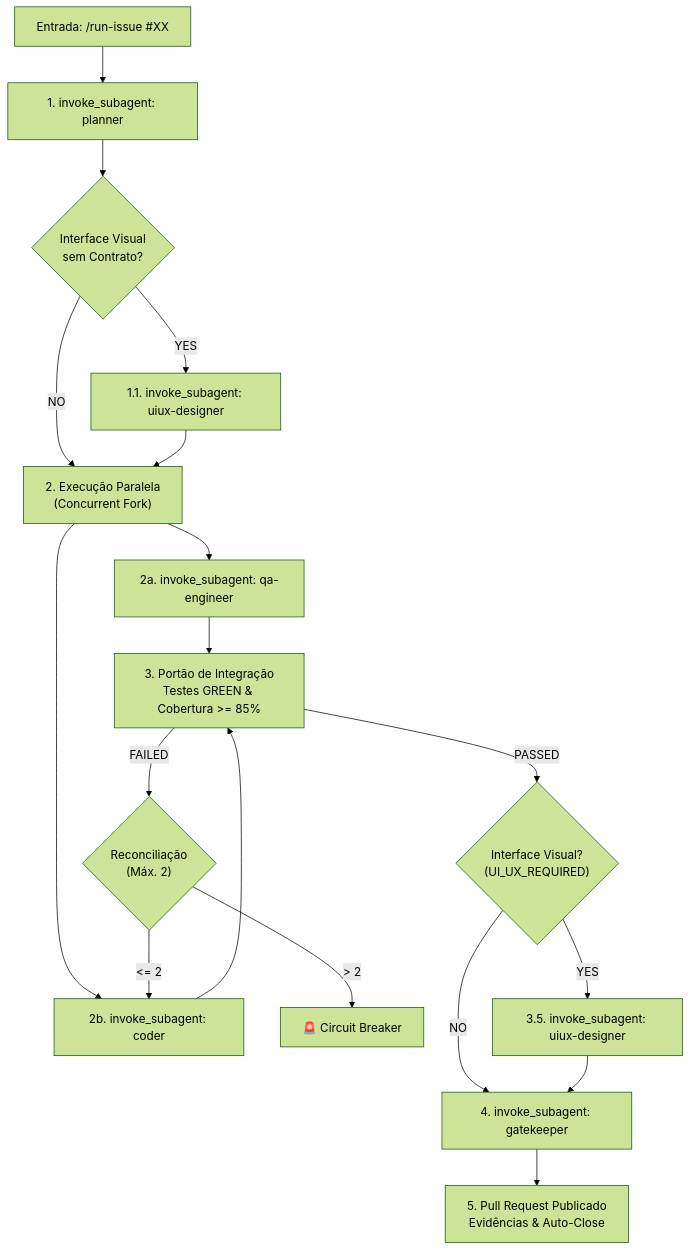
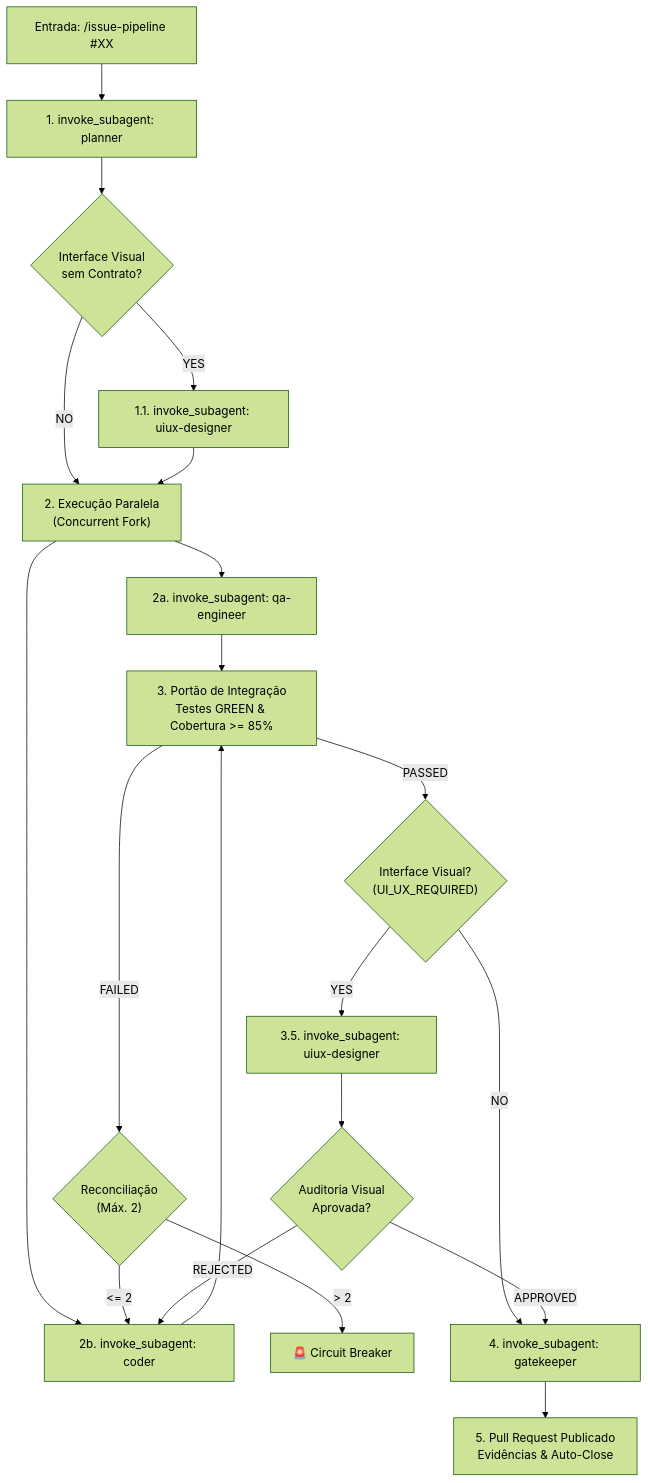
The second of 3 diagrams in docs/skills/Skill-issue-pipeline.md (VitorJacom/my-agents), drawn with Mermaid (forest theme) before and after one commit. The commit also changed other lines of this file and 10 other files, not shown here.

Commit message:
docs(wiki): add Maestro flow to Skill-issue-pipeline and standardize /issue-pipeline command

````diff
--- a/docs/skills/Skill-issue-pipeline.md
+++ b/docs/skills/Skill-issue-pipeline.md
@@ -46,20 +58,22 @@
 ```mermaid
 flowchart TD
-    Start["Entrada: /run-issue #XX"] --> Plan["1. invoke_subagent: planner"]
+    Start["Entrada: /issue-pipeline #XX"] --> Plan["1. invoke_subagent: planner"]
     Plan --> CheckUI{"Interface Visual<br/>sem Contrato?"}
     CheckUI -- "YES" --> UI1["1.1. invoke_subagent: uiux-designer"]
     CheckUI -- "NO" --> Fork["2. Execução Paralela<br/>(Concurrent Fork)"]
     UI1 --> Fork
     Fork --> QA["2a. invoke_subagent: qa-engineer"]
     Fork --> Coder["2b. invoke_subagent: coder"]
     QA --> Gate3["3. Portão de Integração<br/>Testes GREEN & Cobertura >= 85%"]
     Coder --> Gate3
     Gate3 -- "FAILED" --> Loop{"Reconciliação<br/>(Máx. 2)"}
     Loop -- "<= 2" --> Coder
     Loop -- "> 2" --> CB["🚨 Circuit Breaker"]
     Gate3 -- "PASSED" --> CheckVisual{"Interface Visual?<br/>(UI_UX_REQUIRED)"}
     CheckVisual -- "YES" --> UI2["3.5. invoke_subagent: uiux-designer"]
     CheckVisual -- "NO" --> GK["4. invoke_subagent: gatekeeper"]
-    UI2 --> GK
+    UI2 --> VisualVerdict{"Auditoria Visual<br/>Aprovada?"}
+    VisualVerdict -- "REJECTED" --> Coder
+    VisualVerdict -- "APPROVED" --> GK
     GK --> PR["5. Pull Request Publicado<br/>Evidências & Auto-Close"]
 ```
````
